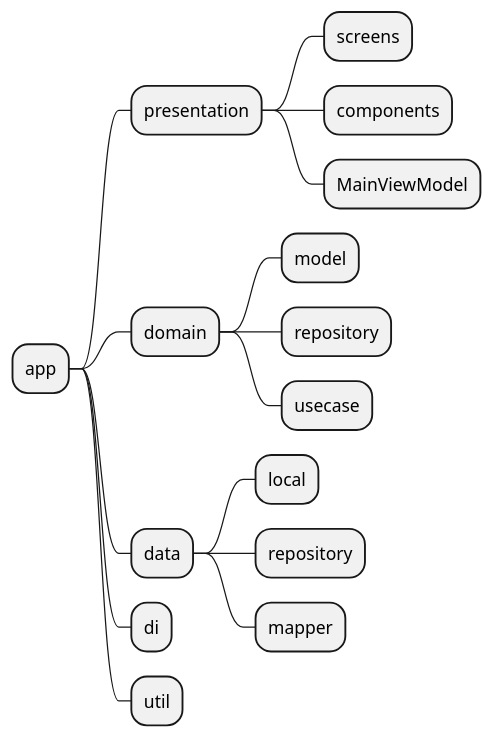
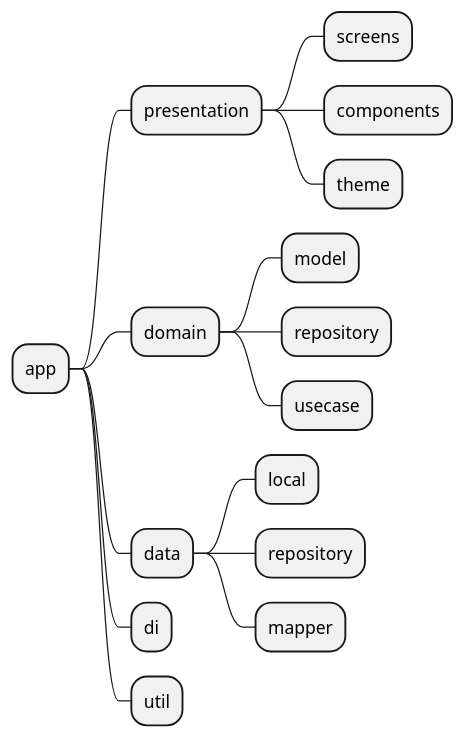
The diagram in docs/folders.uml.puml (hegde10122/AndroidContactsApp), drawn with PlantUML before and after one commit. The commit also changed other lines of this file and 13 other files, not shown here.

```diff
--- a/docs/folders.uml.puml
+++ b/docs/folders.uml.puml
@@ -1,17 +1,17 @@
 @startmindmap
 * app
 ** presentation
 *** screens
 *** components
-*** MainViewModel
+*** theme
 ** domain
 *** model
 *** repository
 *** usecase
 ** data
 *** local
 *** repository
 *** mapper
 ** di
 ** util
 @endmindmap
```
